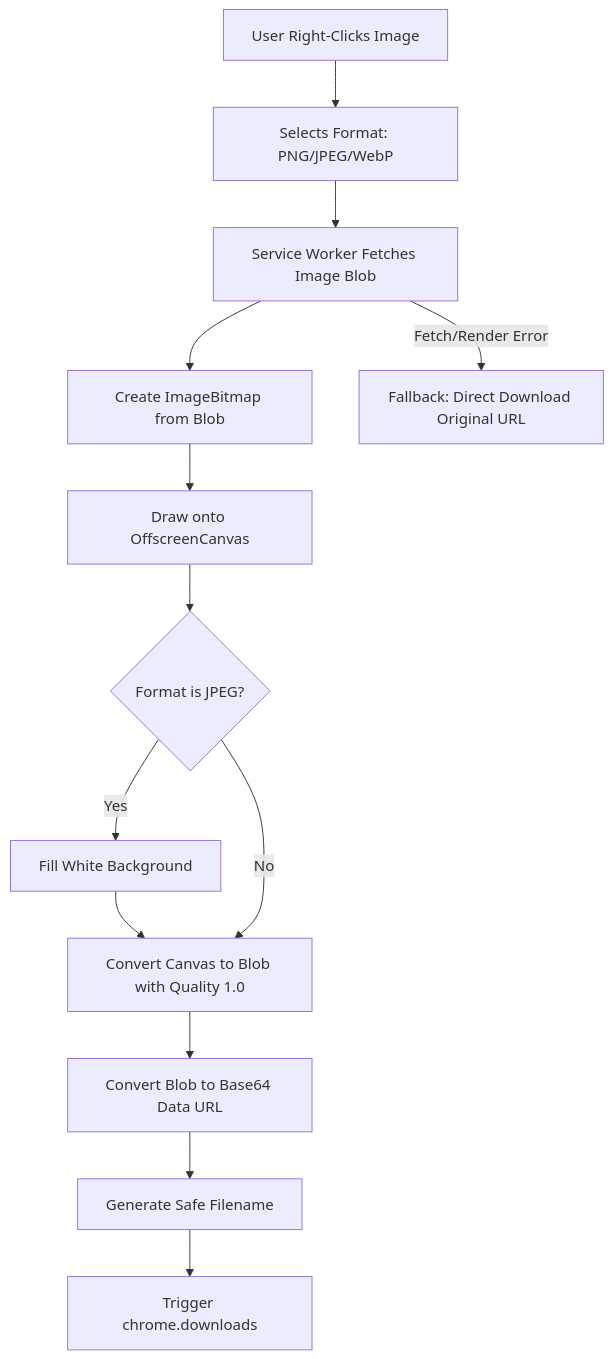
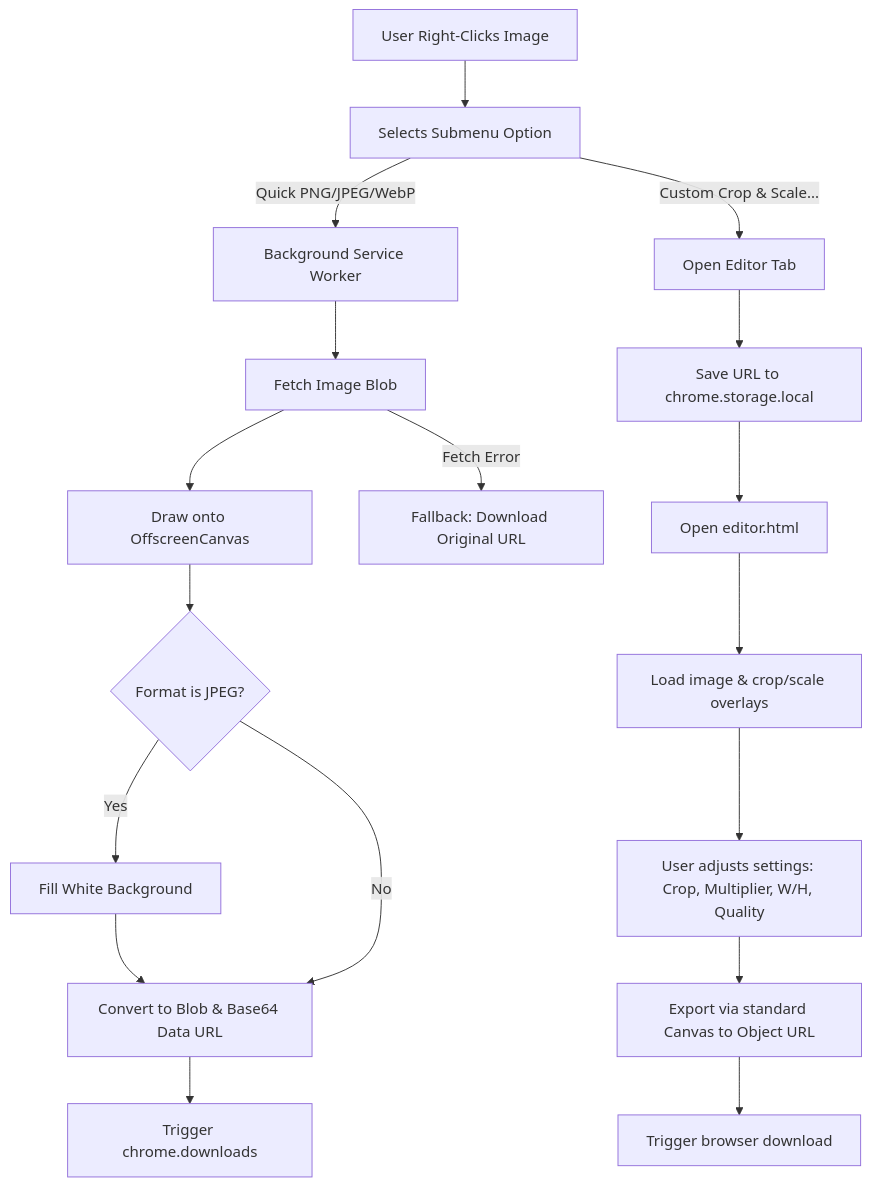
One commit to fayeloja/fatai-save-as-jpeg changed the diagram in README.md. Above: the diagram before and after it, drawn with Mermaid. The commit also changed other lines of this file, not shown here.

Commit message:
feat: rename project to FImgSave Pro and add interactive image editor with crop, scale, and format control

````diff
--- a/README.md
+++ b/README.md
@@ -32,15 +38,22 @@
 ```mermaid
 graph TD
-    A[User Right-Clicks Image] --> B[Selects Format: PNG/JPEG/WebP]
-    B --> C[Service Worker Fetches Image Blob]
-    C --> D[Create ImageBitmap from Blob]
-    D --> E[Draw onto OffscreenCanvas]
-    E --> F{Format is JPEG?}
-    F -- Yes --> G[Fill White Background]
-    G --> H[Convert Canvas to Blob with Quality 1.0]
-    F -- No --> H
-    H --> I[Convert Blob to Base64 Data URL]
-    I --> J[Generate Safe Filename]
-    J --> K[Trigger chrome.downloads]
-    C -- Fetch/Render Error --> L[Fallback: Direct Download Original URL]
+    A[User Right-Clicks Image] --> B[Selects Submenu Option]
+    B -->|Quick PNG/JPEG/WebP| C[Background Service Worker]
+    B -->|Custom Crop & Scale...| D[Open Editor Tab]
+    
+    C --> C1[Fetch Image Blob]
+    C1 --> C2[Draw onto OffscreenCanvas]
+    C2 --> C3{Format is JPEG?}
+    C3 -- Yes --> C4[Fill White Background]
+    C4 --> C5[Convert to Blob & Base64 Data URL]
+    C3 -- No --> C5
+    C5 --> C6[Trigger chrome.downloads]
+    C1 -- Fetch Error --> C7[Fallback: Download Original URL]
+    
+    D --> D1[Save URL to chrome.storage.local]
+    D1 --> D2[Open editor.html]
+    D2 --> D3[Load image & crop/scale overlays]
+    D3 --> D4[User adjusts settings: Crop, Multiplier, W/H, Quality]
+    D4 --> D5[Export via standard Canvas to Object URL]
+    D5 --> D6[Trigger browser download]
 ```
````
